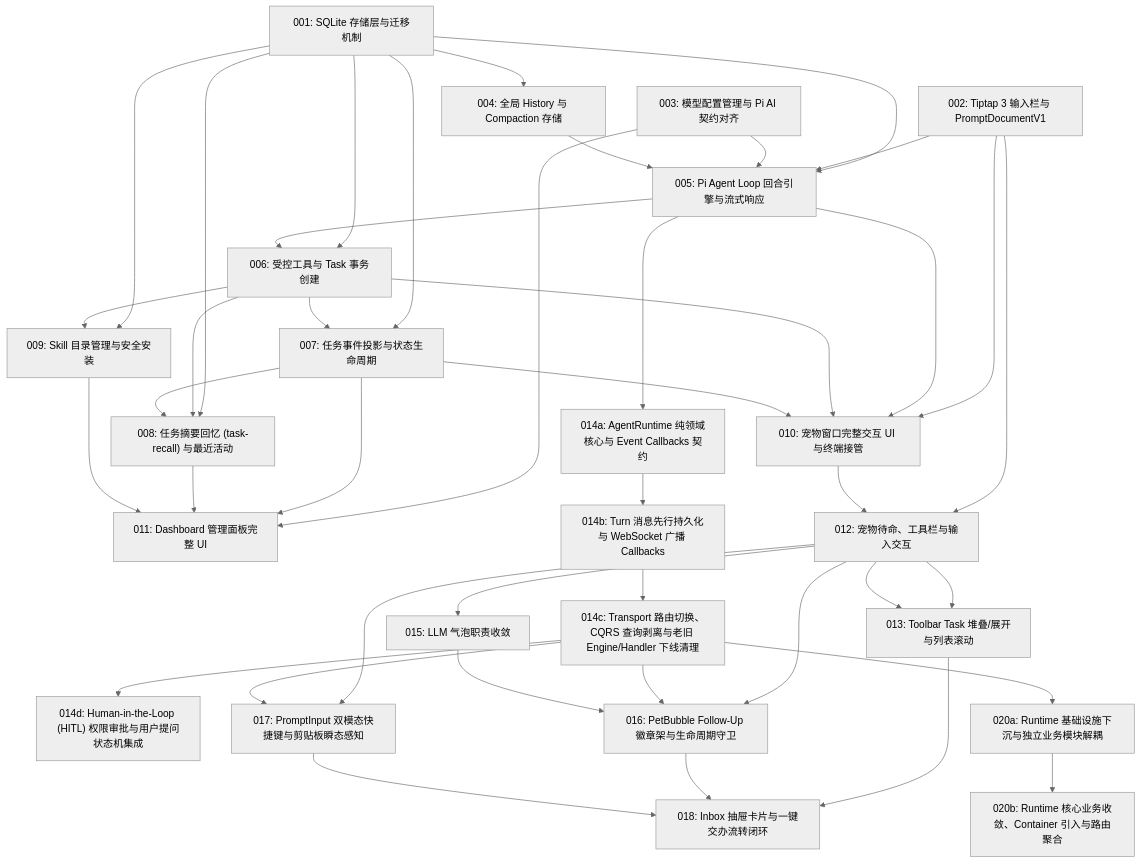
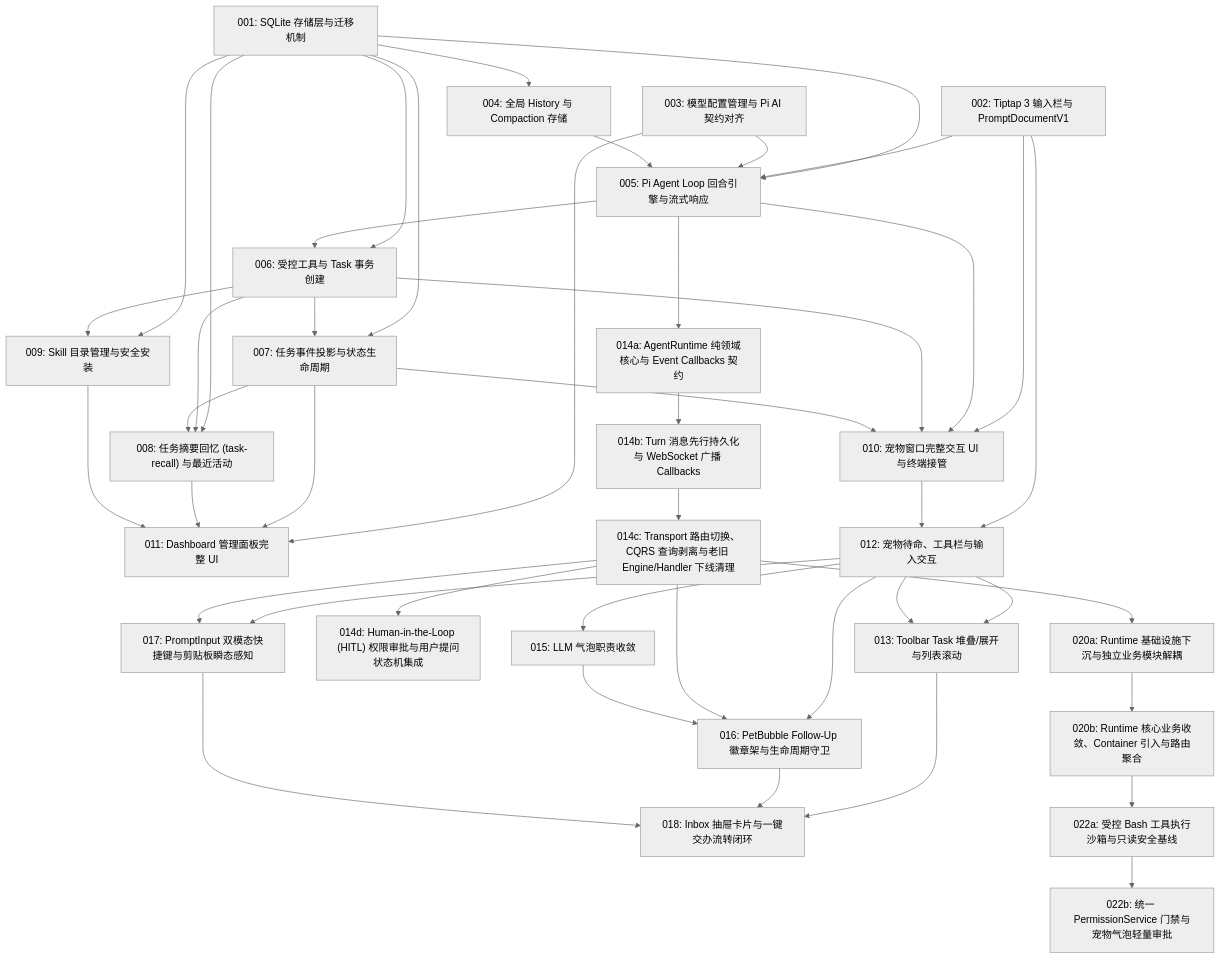
The diagram in docs/tickets/m2/README.md (edisonLzy/Rover), drawn with Mermaid (neutral theme) before and after one commit. The commit also changed other lines of this file and 7 other files, not shown here.

````diff
--- a/docs/tickets/m2/README.md
+++ b/docs/tickets/m2/README.md
@@ -91,4 +91,9 @@
   T014c --> T020a
   T020b["020b: Runtime 核心业务收敛、Container 引入与路由聚合"]
   T020a --> T020b
+
+  T022a["022a: 受控 Bash 工具执行沙箱与只读安全基线"]
+  T020b --> T022a
+  T022b["022b: 统一 PermissionService 门禁与宠物气泡轻量审批"]
+  T022a --> T022b
 ```
````
